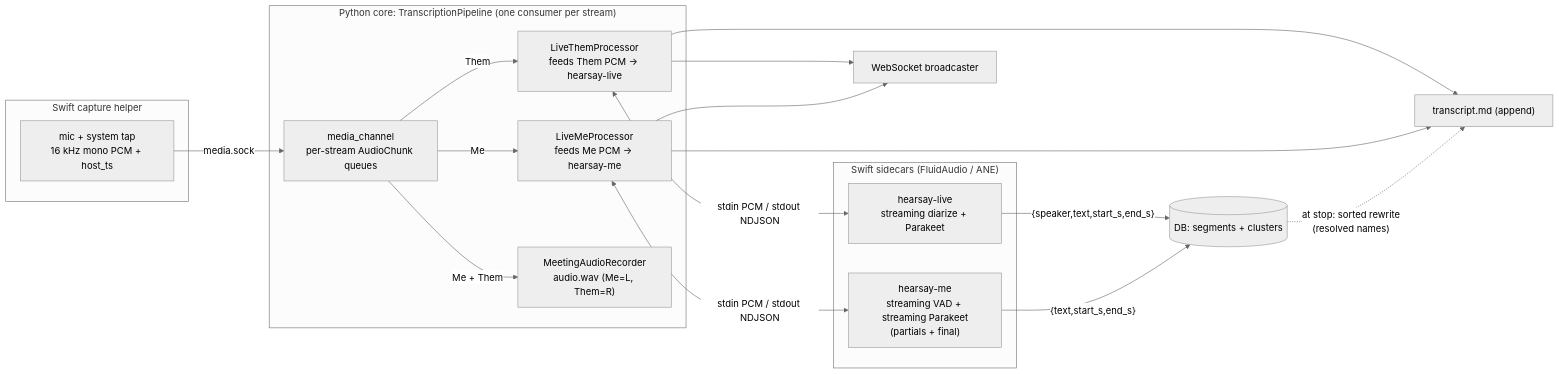
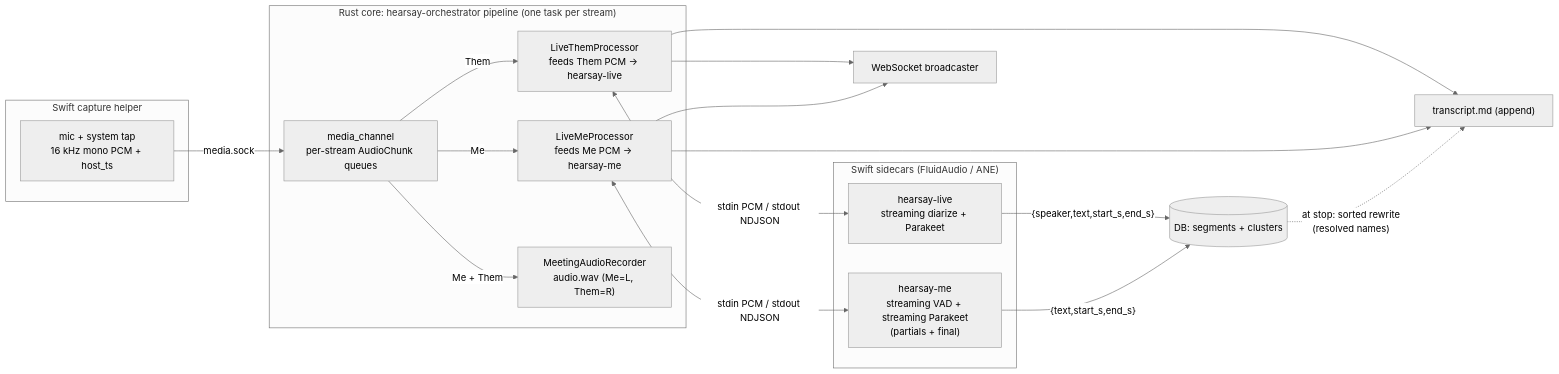
The first of 2 diagrams in docs/pipeline.md (rwiseman87/hearsay), drawn with Mermaid (neutral theme) before and after one commit. The commit also changed other lines of this file and 24 other files, not shown here.

````diff
--- a/docs/pipeline.md
+++ b/docs/pipeline.md
@@ -11,29 +11,29 @@
 ```mermaid
 flowchart LR
   subgraph Helper["Swift capture helper"]
     Cap["mic + system tap\n16 kHz mono PCM + host_ts"]
   end
-  subgraph Core["Python core: TranscriptionPipeline (one consumer per stream)"]
+  subgraph Core["Rust core: hearsay-orchestrator pipeline (one task per stream)"]
     MC["media_channel\nper-stream AudioChunk queues"]
     Them["LiveThemProcessor\nfeeds Them PCM -> hearsay-live"]
     Me["LiveMeProcessor\nfeeds Me PCM -> hearsay-me"]
     Rec["MeetingAudioRecorder\naudio.wav (Me=L, Them=R)"]
     MC -->|Them| Them
     MC -->|Me| Me
     MC -->|Me + Them| Rec
   end
   subgraph Sidecars["Swift sidecars (FluidAudio / ANE)"]
     SL["hearsay-live\nstreaming diarize + Parakeet"]
     SM["hearsay-me\nstreaming VAD + streaming Parakeet\n(partials + final)"]
   end
   Cap -- media.sock --> MC
   Them <-- "stdin PCM / stdout NDJSON" --> SL
   Me <-- "stdin PCM / stdout NDJSON" --> SM
   SL -->|"{speaker,text,start_s,end_s}"| DB[("DB: segments + clusters")]
   SM -->|"{text,start_s,end_s}"| DB
   Them --> MD["transcript.md (append)"]
   Me --> MD
   Them --> WS["WebSocket broadcaster"]
   Me --> WS
   DB -. "at stop: sorted rewrite\n(resolved names)" .-> MD
 ```
````
